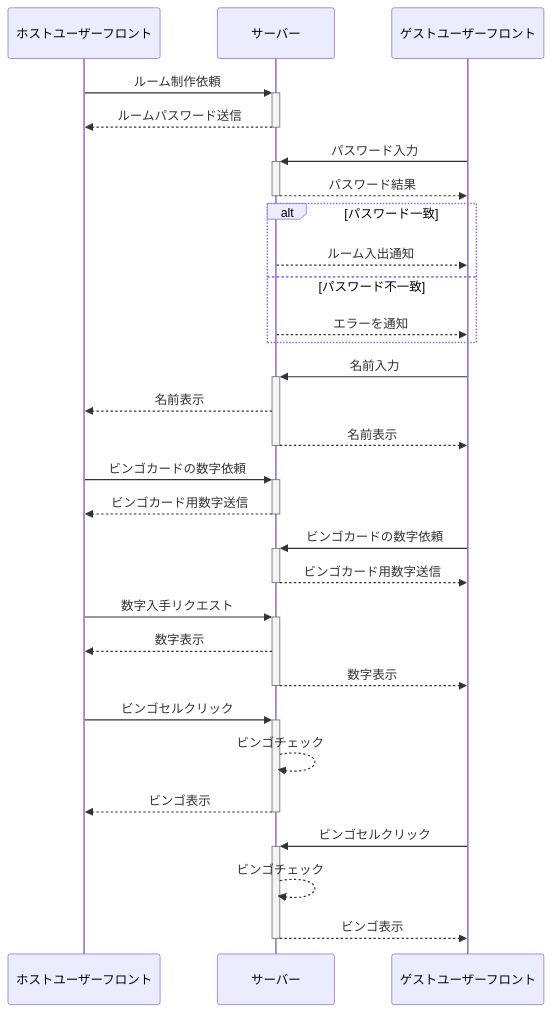
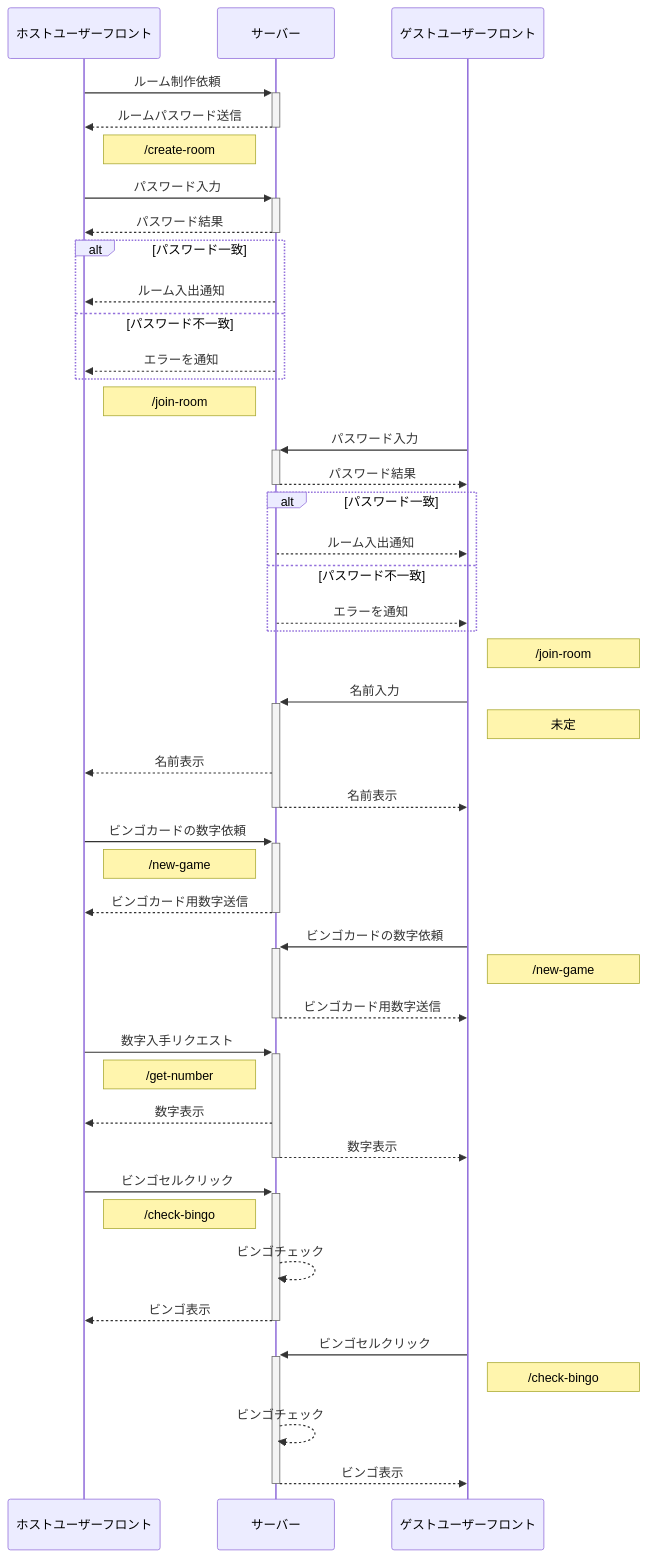
One commit to MizugutiK/Bingo changed the diagram in README.md. Above: the diagram before and after it, drawn with Mermaid. The commit also changed other lines of this file, not shown here.

Commit message:
シーケンス図にハンドラ追加

````diff
--- a/README.md
+++ b/README.md
@@ -4,38 +4,55 @@
 ```mermaid
 sequenceDiagram;
 participant ホストユーザーフロント
 participant サーバー
 participant ゲストユーザーフロント
 
 ホストユーザーフロント  ->>+     サーバー:ルーム制作依頼
 サーバー               -->>-     ホストユーザーフロント:ルームパスワード送信
+Note right of ホストユーザーフロント:/create-room
+
+ホストユーザーフロント  ->>+     サーバー:パスワード入力
+サーバー               -->>-     ホストユーザーフロント:パスワード結果
+alt パスワード一致　
+サーバー　-->>  ホストユーザーフロント:ルーム入出通知
+else パスワード不一致
+サーバー -->>   ホストユーザーフロント:エラーを通知
+end
+Note right of ホストユーザーフロント:/join-room
 
 ゲストユーザーフロント  ->>+     サーバー:パスワード入力
 サーバー               -->>-     ゲストユーザーフロント:パスワード結果
 alt パスワード一致　
 サーバー　-->>  ゲストユーザーフロント:ルーム入出通知
 else パスワード不一致
 サーバー -->>   ゲストユーザーフロント:エラーを通知
 end
+Note right of ゲストユーザーフロント:/join-room
 
 ゲストユーザーフロント  ->>+     サーバー:名前入力
+Note right of ゲストユーザーフロント:未定
 サーバー               -->>      ホストユーザーフロント:名前表示
 サーバー               -->>-      ゲストユーザーフロント:名前表示
 
 ホストユーザーフロント  ->>+     サーバー:ビンゴカードの数字依頼
+Note right of ホストユーザーフロント:/new-game
 サーバー               -->>-     ホストユーザーフロント:ビンゴカード用数字送信
 ゲストユーザーフロント  ->>+     サーバー:ビンゴカードの数字依頼
+Note right of ゲストユーザーフロント:/new-game
 サーバー               -->>-     ゲストユーザーフロント:ビンゴカード用数字送信
 
 ホストユーザーフロント  ->>+     サーバー:数字入手リクエスト
+Note right of ホストユーザーフロント:/get-number
 サーバー               -->>     ホストユーザーフロント:数字表示
 サーバー               -->>-     ゲストユーザーフロント:数字表示
 
 ホストユーザーフロント  ->>+     サーバー:ビンゴセルクリック
+Note right of ホストユーザーフロント:/check-bingo
 サーバー               -->>     サーバー:ビンゴチェック
 サーバー               -->>-     ホストユーザーフロント:ビンゴ表示
 
 ゲストユーザーフロント  ->>+     サーバー:ビンゴセルクリック
+Note right of ゲストユーザーフロント:/check-bingo
 サーバー               -->>     サーバー:ビンゴチェック
 サーバー               -->>-     ゲストユーザーフロント:ビンゴ表示
 ```
````
